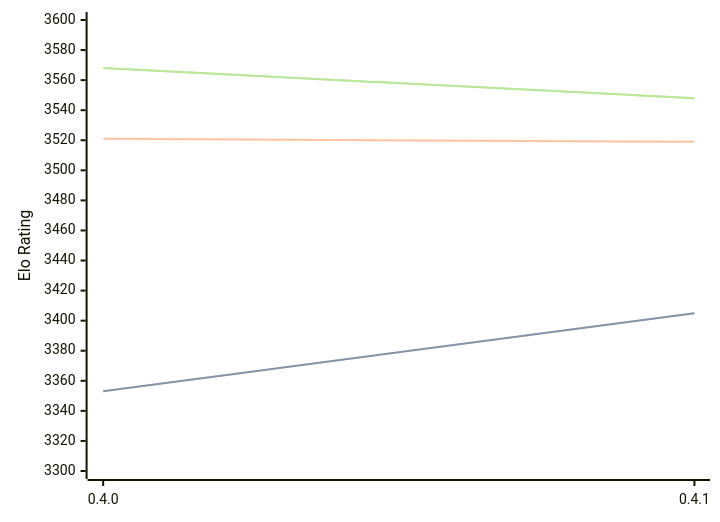
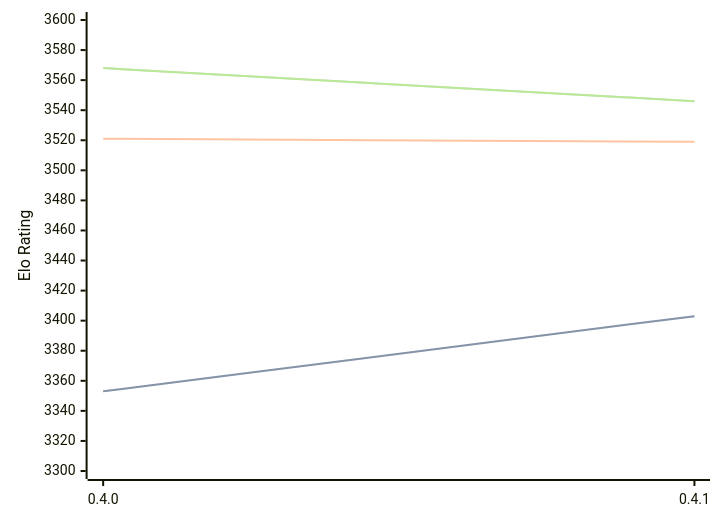
The diagram in engines/Cinder.md (computer-chess-index/cci), drawn with Mermaid before and after one commit. The commit also changed other lines of this file, not shown here.

Commit message:
Update CCI Ratings (ELO VLTC) - 2026-03-03

````diff
--- a/engines/Cinder.md
+++ b/engines/Cinder.md
@@ -38,11 +38,11 @@
 ```mermaid
 %%{init: {"theme":"base","themeVariables":{"seriesColors:['#a3a3a3','#222221','#faa371']}}}%%
 xychart-beta
   x-axis ["0.4.0", "0.4.1"]
   y-axis "Elo Rating" 3300 --> 3600
-  line "STC (8.0+0.08s)" [3353, 3405]
-  line "STC (8.0+0.08s)" [3353, 3405]
+  line "STC (8.0+0.08s)" [3353, 3403]
+  line "STC (8.0+0.08s)" [3353, 3403]
   line "LTC (60.0+0.60s)" [3521, 3519]
-  line "VLTC (2m24s+1.12s)" [3568, 3548]
-  line "VLTC (2m24s+1.12s)" [3568, 3548]
+  line "VLTC (2m24s+1.12s)" [3568, 3546]
+  line "VLTC (2m24s+1.12s)" [3568, 3546]
 ```
````
